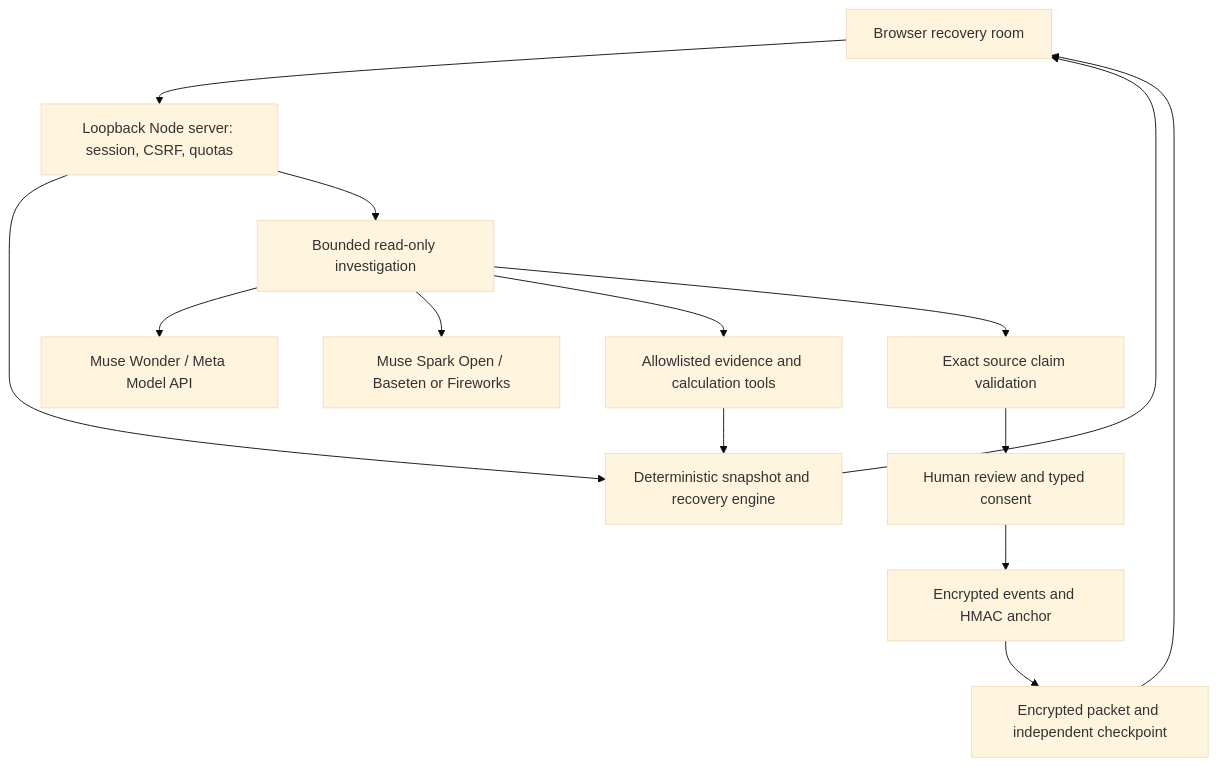
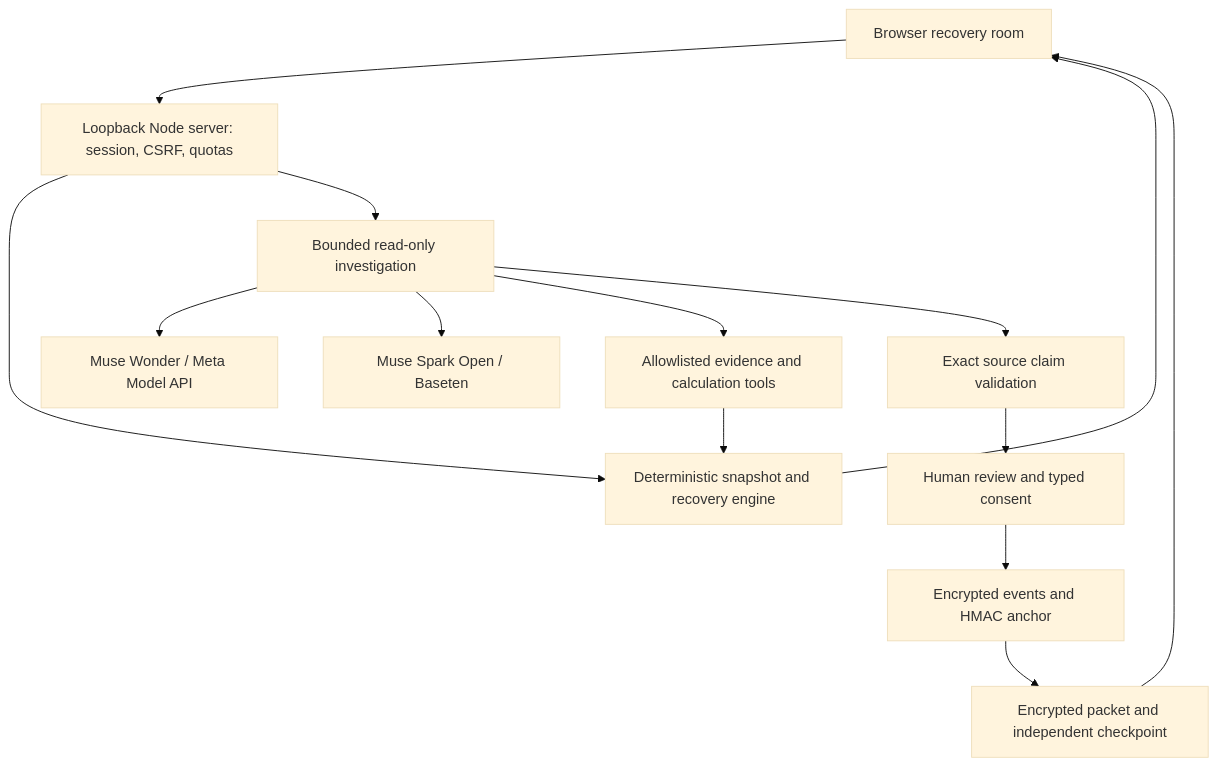
One commit to justinevans4040-cloud/forgefront-factory-resilience changed the diagram in README.md. Above: the diagram before and after it, drawn with Mermaid (base theme). The commit also changed other lines of this file and 230 other files, not shown here.

````diff
--- a/README.md
+++ b/README.md
@@ -53,16 +77,16 @@
 ```mermaid
 flowchart TD
   UI[Browser recovery room] --> API[Loopback Node server: session, CSRF, quotas]
   API --> Engine[Deterministic snapshot and recovery engine]
   API --> Agent[Bounded read-only investigation]
   Agent --> Wonder[Muse Wonder / Meta Model API]
-  Agent --> Spark[Muse Spark Open / Baseten or Fireworks]
+  Agent --> Spark[Muse Spark Open / Baseten]
   Agent --> Tools[Allowlisted evidence and calculation tools]
   Tools --> Engine
   Agent --> Claims[Exact source claim validation]
   Claims --> Human[Human review and typed consent]
   Human --> Ledger[Encrypted events and HMAC anchor]
   Ledger --> Export[Encrypted packet and independent checkpoint]
   Engine --> UI
   Export --> UI
 ```
````
